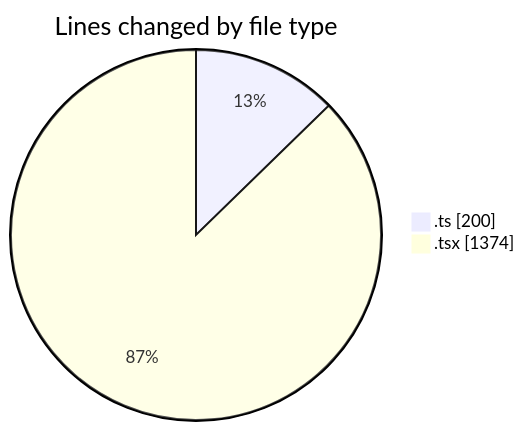
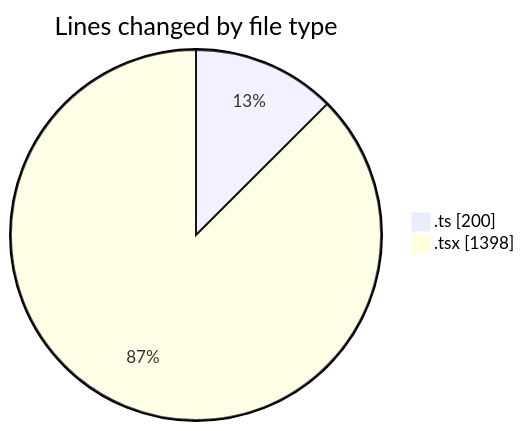
One commit to momahboobian/code-tracking changed the first of 2 diagrams in 2025-07-04/cda/README.md. Above: the diagram before and after it, drawn with Mermaid. The commit also changed other lines of this file and 1 other file, not shown here.

````diff
--- a/2025-07-04/cda/README.md
+++ b/2025-07-04/cda/README.md
@@ -25,6 +26,6 @@
 ```mermaid
 pie showData
 title Lines changed by file type
 ".ts" : 200
-".tsx" : 1374
+".tsx" : 1398
 ```
````
